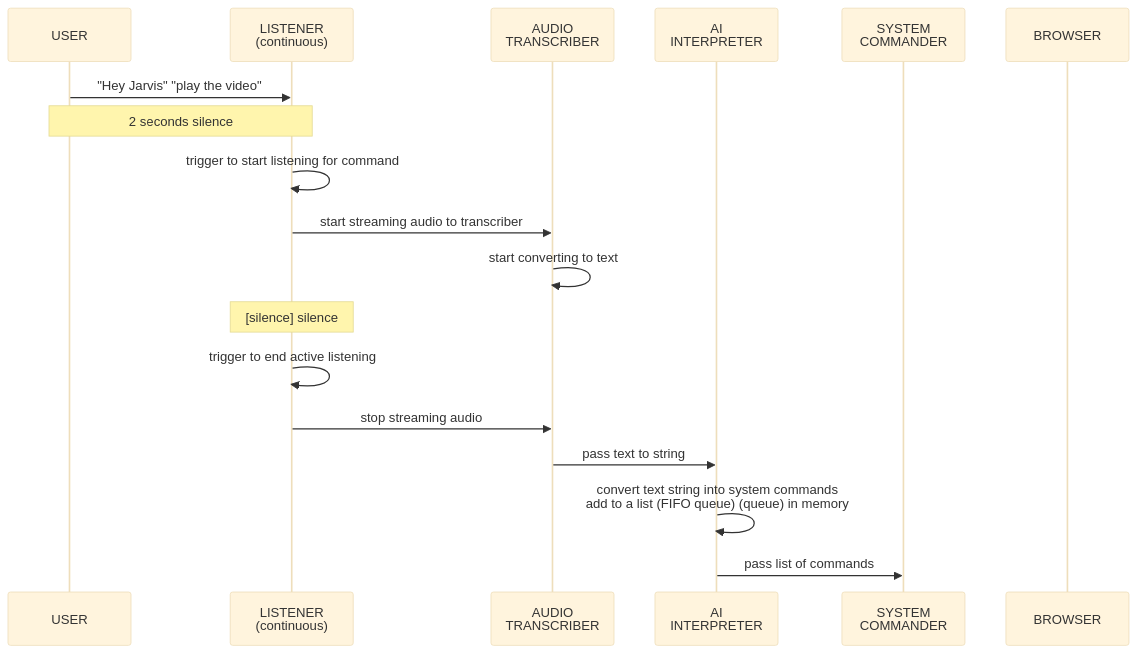
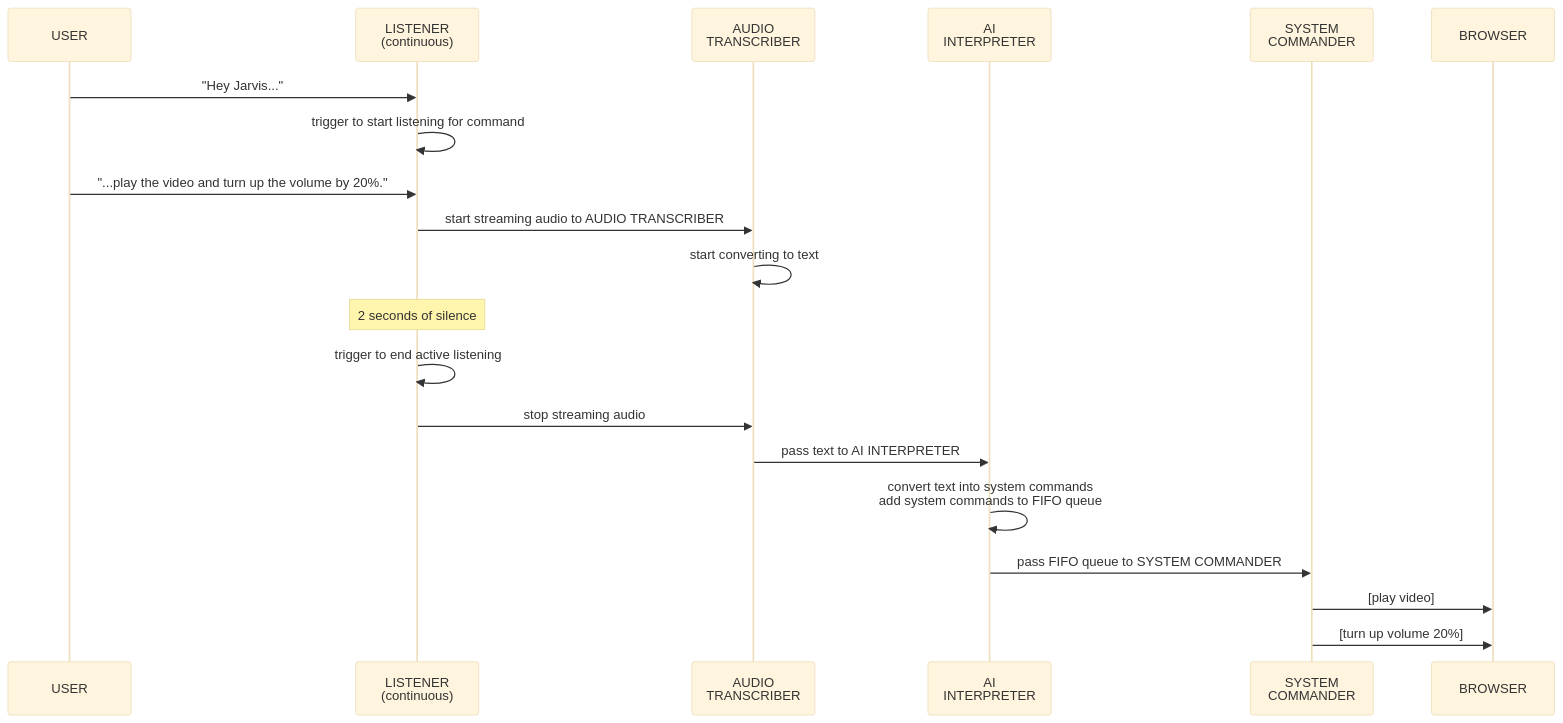
Before and after one commit to davidgardner11/ai-agents-hackathon-2026-02: the diagram in sequence-diagram_gpt5.2.md, drawn with Mermaid (base theme).

Commit message:
Refine sequence diagram for audio command processing

````diff
--- a/sequence-diagram_gpt5.2.md
+++ b/sequence-diagram_gpt5.2.md
@@ -1,27 +1,34 @@
 ```mermaid
 
 sequenceDiagram
     participant U as USER
     participant L as LISTENER<br/>(continuous)
     participant AT as AUDIO<br/>TRANSCRIBER
     participant AI as AI<br/>INTERPRETER
     participant SC as SYSTEM<br/>COMMANDER
     participant B as BROWSER
 
-    U->>L: "Hey Jarvis" "play the video"
-    Note over U,L: 2 seconds silence
+    U->>L: "Hey Jarvis..."
 
     L->>L: trigger to start listening for command
-    L->>AT: start streaming audio to transcriber
+
+    U->>L: "...play the video and turn up the volume by 20%."
+
+    L->>AT: start streaming audio to AUDIO TRANSCRIBER
     AT->>AT: start converting to text
 
-    Note over L: [silence] silence
+    Note over L: 2 seconds of silence
     L->>L: trigger to end active listening
     L->>AT: stop streaming audio
 
-    AT->>AI: pass text to string
+    AT->>AI: pass text to AI INTERPRETER
 
-    AI->>AI: convert text string into system commands<br/>add to a list (FIFO queue) (queue) in memory
+    AI->>AI: convert text into system commands<br/>add system commands to FIFO queue
 
-    AI->>SC: pass list of commands
+    AI->>SC: pass FIFO queue to SYSTEM COMMANDER
+
+    SC->>B: [play video] 
+
+    SC->>B: [turn up volume 20%] 
+
 ```
````
